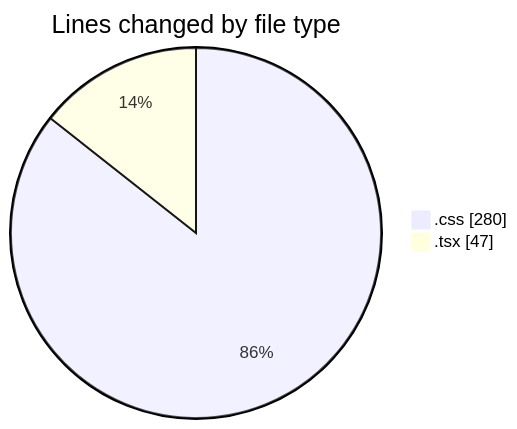
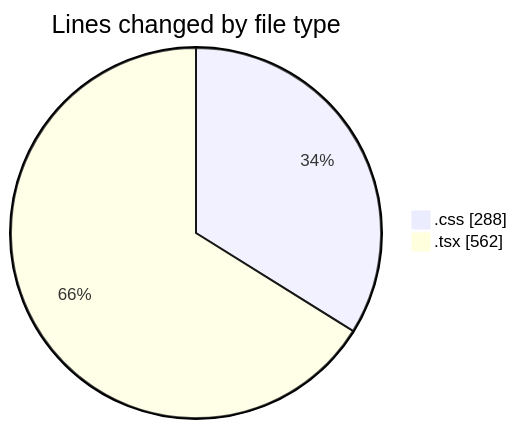
The first of 2 diagrams in 2025-07-11/playgram-motion-arena-main/README.md (JenPaints/code-tracking), drawn with Mermaid before and after one commit. The commit also changed other lines of this file and 1 other file, not shown here.

````diff
--- a/2025-07-11/playgram-motion-arena-main/README.md
+++ b/2025-07-11/playgram-motion-arena-main/README.md
@@ -21,6 +23,6 @@
 ```mermaid
 pie showData
 title Lines changed by file type
-".css" : 280
-".tsx" : 47
+".css" : 288
+".tsx" : 562
 ```
````
